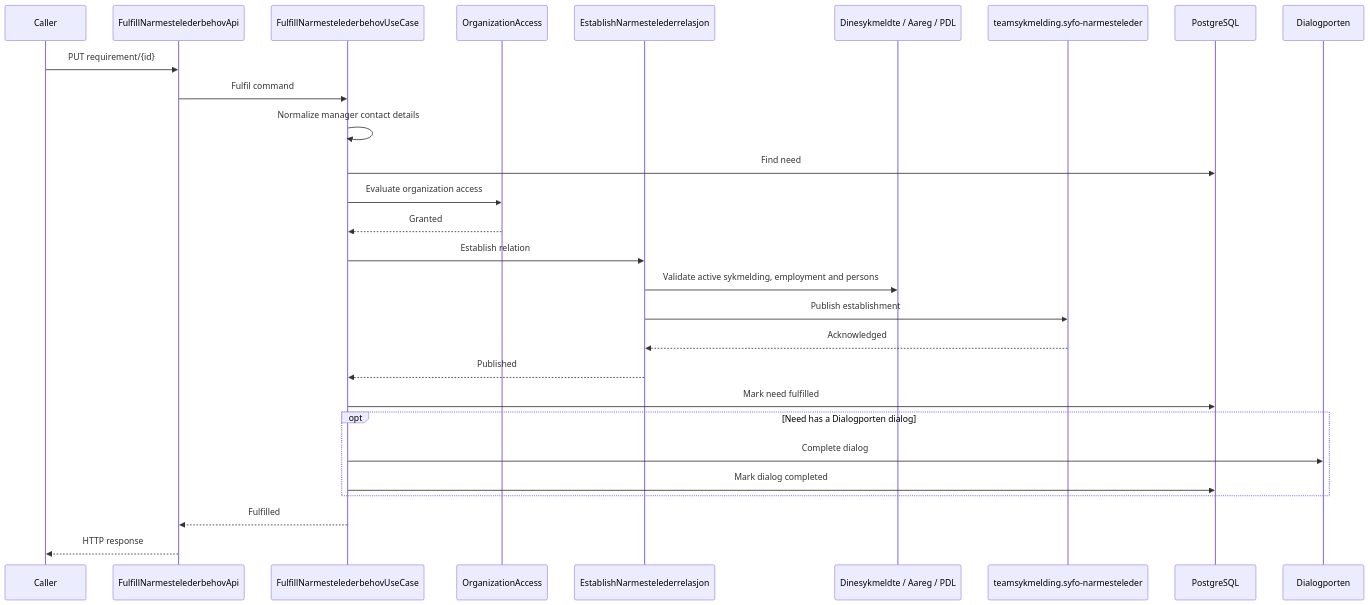
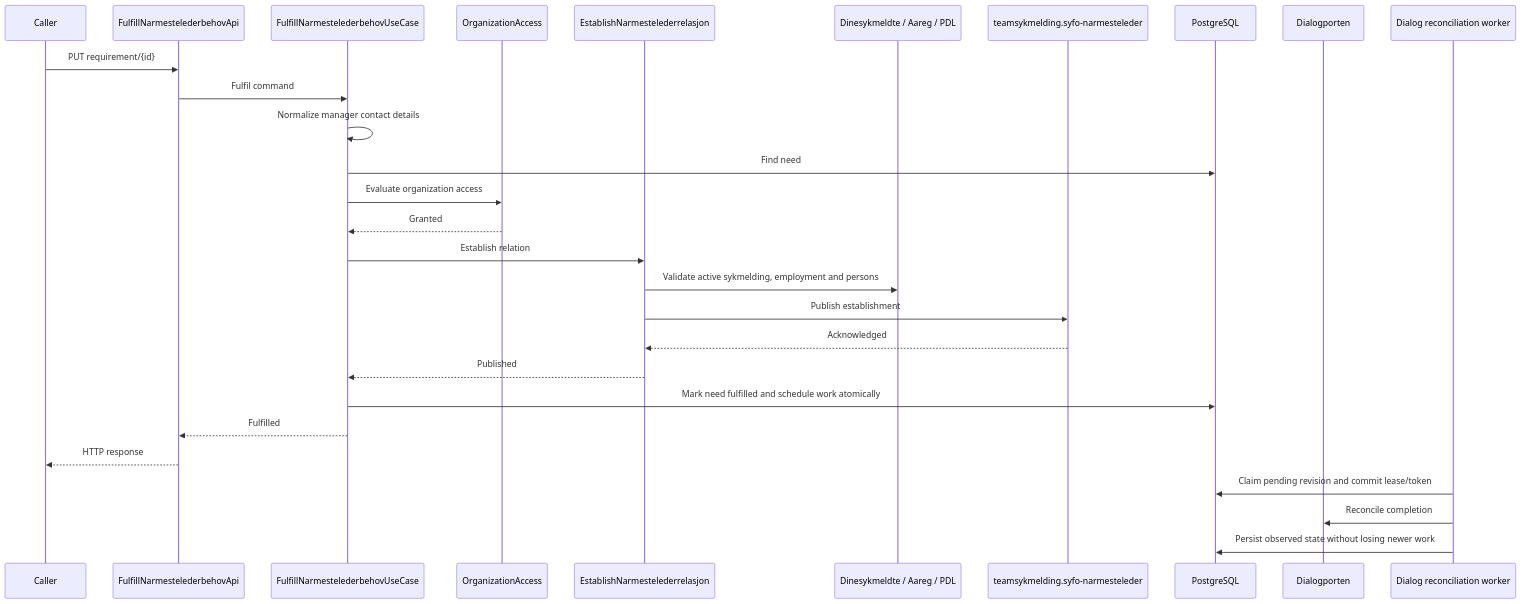
Before and after one commit to navikt/esyfo-narmesteleder: the third of 10 diagrams in docs/data-flow.md, drawn with Mermaid. The commit also changed other lines of this file and 64 other files, not shown here.

First line of the commit message:
feat: reconcile Dialogporten dialogs with durable claims

````diff
--- a/docs/data-flow.md
+++ b/docs/data-flow.md
@@ -189,31 +187,31 @@
 ```mermaid
 sequenceDiagram
     participant Caller
     participant API as FulfillNarmestelederbehovApi
     participant Behov as FulfillNarmestelederbehovUseCase
     participant Access as OrganizationAccess
     participant Relation as EstablishNarmestelederrelasjon
     participant Upstream as Dinesykmeldte / Aareg / PDL
     participant Command as teamsykmelding.syfo-narmesteleder
     participant DB as PostgreSQL
     participant Dialog as Dialogporten
+    participant Worker as Dialog reconciliation worker
 
     Caller->>API: PUT requirement/{id}
     API->>Behov: Fulfil command
     Behov->>Behov: Normalize manager contact details
     Behov->>DB: Find need
     Behov->>Access: Evaluate organization access
     Access-->>Behov: Granted
     Behov->>Relation: Establish relation
     Relation->>Upstream: Validate active sykmelding, employment and persons
     Relation->>Command: Publish establishment
     Command-->>Relation: Acknowledged
     Relation-->>Behov: Published
-    Behov->>DB: Mark need fulfilled
-    opt Need has a Dialogporten dialog
-        Behov->>Dialog: Complete dialog
-        Behov->>DB: Mark dialog completed
-    end
+    Behov->>DB: Mark need fulfilled and schedule work atomically
     Behov-->>API: Fulfilled
     API-->>Caller: HTTP response
+    Worker->>DB: Claim pending revision and commit lease/token
+    Worker->>Dialog: Reconcile completion
+    Worker->>DB: Persist observed state without losing newer work
 ```
````
